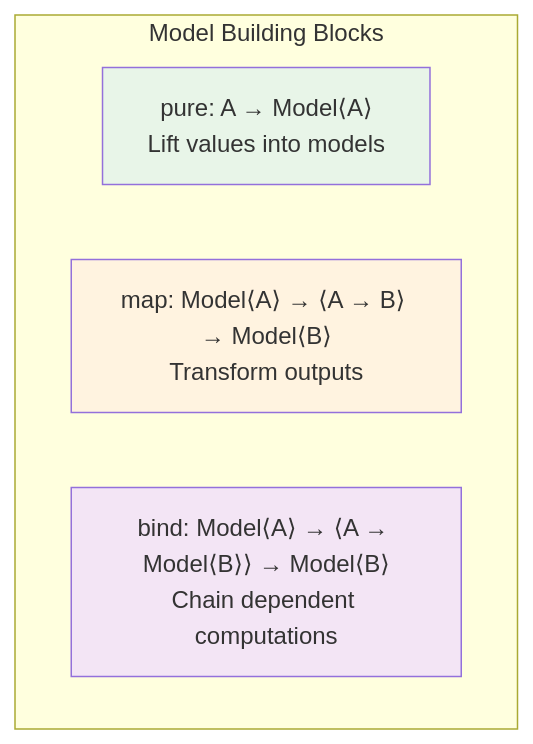
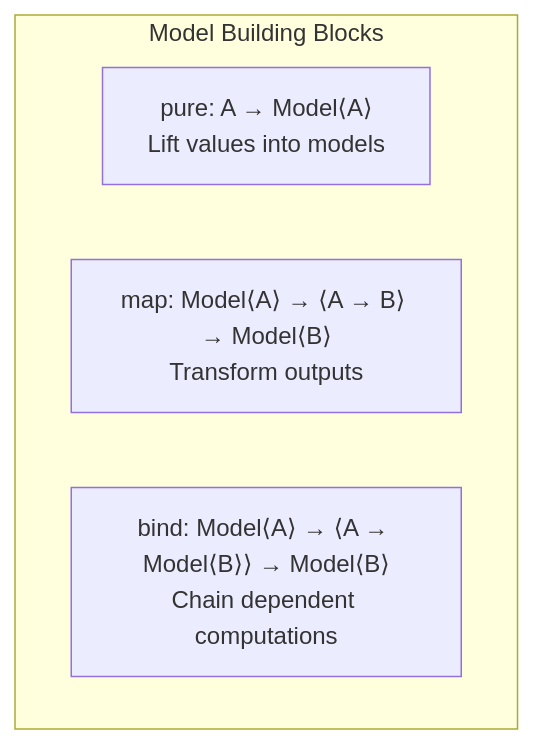
One commit to alexnodeland/fugue changed the second of 2 diagrams in docs/src/getting-started/understanding-models.md. Above: the diagram before and after it, drawn with Mermaid. The commit also changed other lines of this file and 9 other files, not shown here.

````diff
--- a/docs/src/getting-started/understanding-models.md
+++ b/docs/src/getting-started/understanding-models.md
@@ -123,12 +119,8 @@
 ```mermaid
 graph TB
     subgraph "Model Building Blocks"
         P[pure: A → Model⟨A⟩<br/>Lift values into models]
         M[map: Model⟨A⟩ → ⟨A → B⟩ → Model⟨B⟩<br/>Transform outputs]  
         B[bind: Model⟨A⟩ → ⟨A → Model⟨B⟩⟩ → Model⟨B⟩<br/>Chain dependent computations]
     end
-    
-    style P fill:#e8f5e8
-    style M fill:#fff3e0
-    style B fill:#f3e5f5
 ```
````
